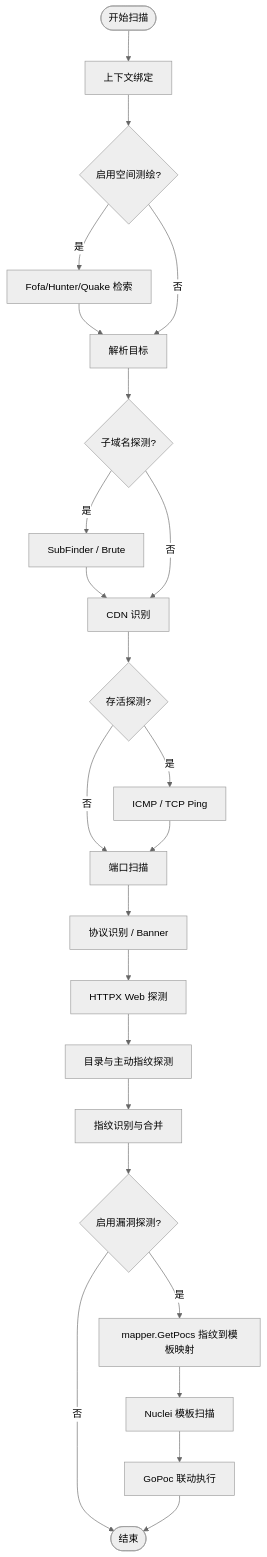
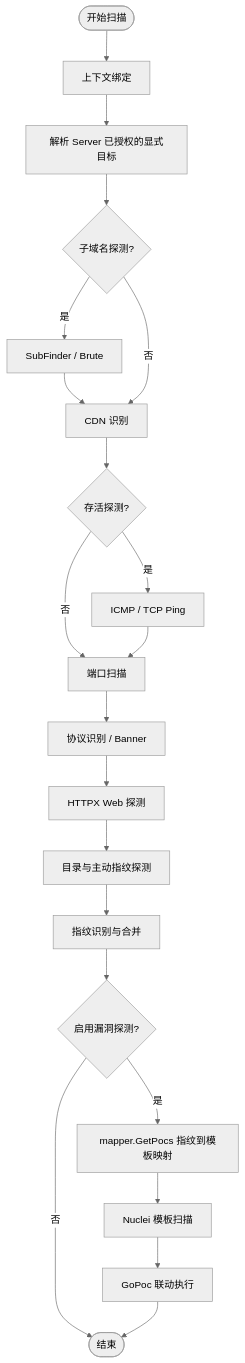
One commit to TokEat/argus changed the diagram in docs/distributed-scan-architecture.md. Above: the diagram before and after it, drawn with Mermaid (neutral theme). The commit also changed other lines of this file and 23 other files, not shown here.

````diff
--- a/docs/distributed-scan-architecture.md
+++ b/docs/distributed-scan-architecture.md
@@ -315,26 +356,23 @@
 ```mermaid
 graph TD
     Start(["开始扫描"]) --> Init["上下文绑定"]
-    Init --> Search{"启用空间测绘?"}
-    Search -- 是 --> SearchEngine["Fofa/Hunter/Quake 检索"]
-    SearchEngine --> Parse["解析目标"]
-    Search -- 否 --> Parse
+	Init --> Parse["解析 Server 已授权的显式目标"]
     Parse --> Subdomain{"子域名探测?"}
     Subdomain -- 是 --> SubdomainRun["SubFinder / Brute"]
     SubdomainRun --> CDN["CDN 识别"]
     Subdomain -- 否 --> CDN
     CDN --> Alive{"存活探测?"}
     Alive -- 是 --> Ping["ICMP / TCP Ping"]
     Alive -- 否 --> PortScan["端口扫描"]
     Ping --> PortScan
     PortScan --> Protocol["协议识别 / Banner"]
     Protocol --> HTTPX["HTTPX Web 探测"]
     HTTPX --> Dir["目录与主动指纹探测"]
     Dir --> Fingerprint["指纹识别与合并"]
     Fingerprint --> Poc{"启用漏洞探测?"}
     Poc -- 否 --> End(["结束"])
     Poc -- 是 --> Mapper["mapper.GetPocs 指纹到模板映射"]
     Mapper --> Nuclei["Nuclei 模板扫描"]
     Nuclei --> GoPoc["GoPoc 联动执行"]
     GoPoc --> End
 ```
````
